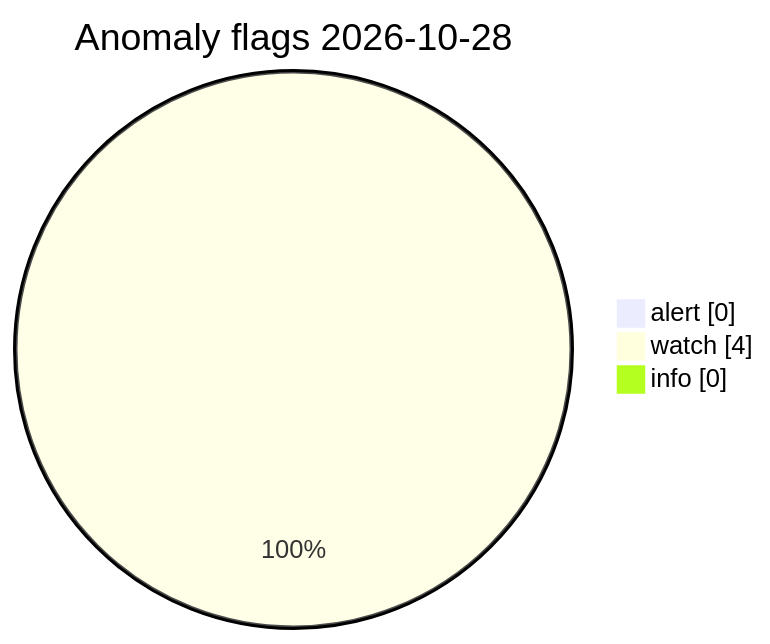
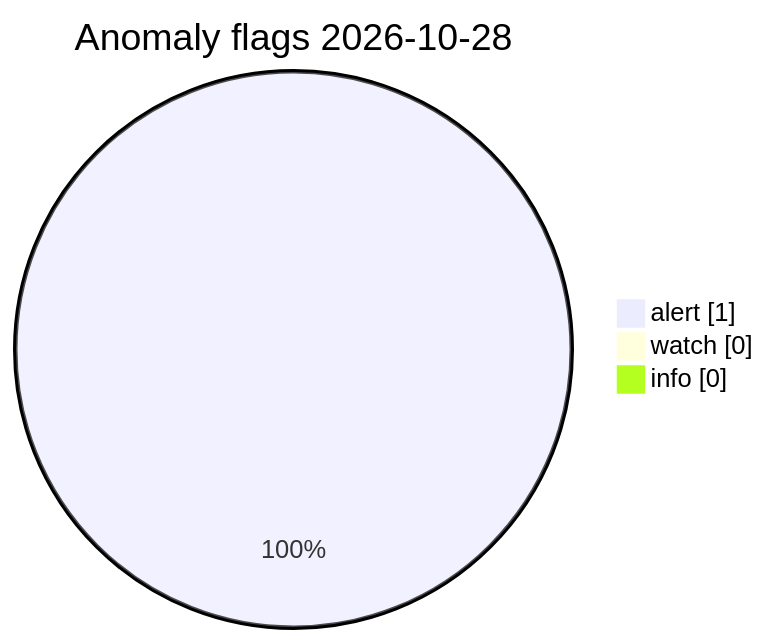
One commit to Midwest-Stratospheric/Unified-Open-Global-Weather changed the diagram in visuals/latest/CHARTS.md. Above: the diagram before and after it, drawn with Mermaid. The commit also changed other lines of this file and 13 other files, not shown here.

Commit message:
data(visuals): automated charts 2026-10-28T16:12Z

````diff
--- a/visuals/latest/CHARTS.md
+++ b/visuals/latest/CHARTS.md
@@ -73,7 +73,7 @@
 ```mermaid
 pie showData
   title Anomaly flags 2026-10-28
-  "alert" : 0
-  "watch" : 4
+  "alert" : 1
+  "watch" : 0
   "info" : 0
 ```
````
